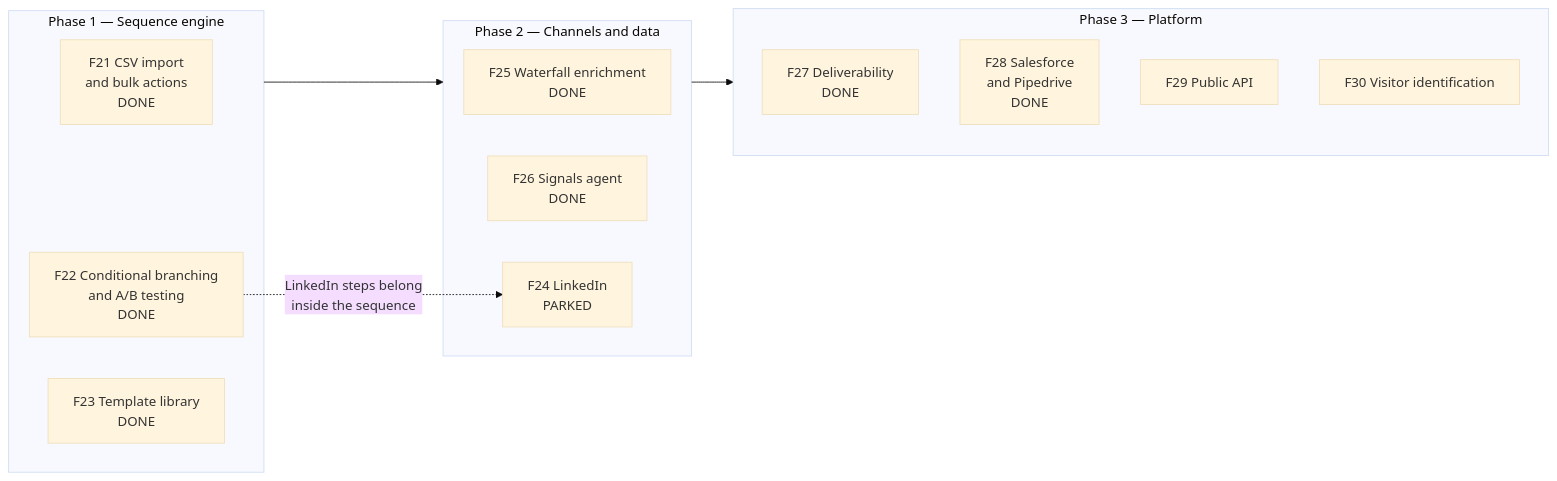
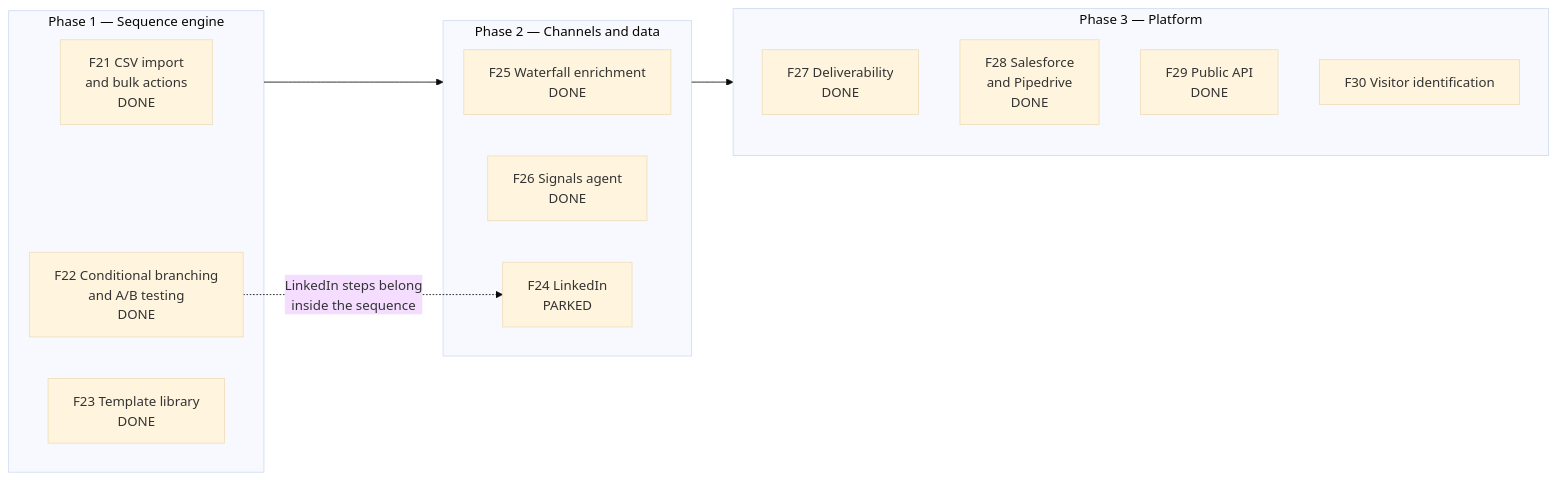
One commit to MHassan-AiExpert/AI-SDR-Autonomous-Sales-Platform changed the diagram in docs/ROADMAP.md. Above: the diagram before and after it, drawn with Mermaid (base theme). The commit also changed other lines of this file and 20 other files, not shown here.

Commit message:
F29: public API and outbound webhooks - scoped API keys, signed event deliveries with retries

````diff
--- a/docs/ROADMAP.md
+++ b/docs/ROADMAP.md
@@ -13,21 +13,21 @@
 ```mermaid
 flowchart LR
   subgraph P1[Phase 1 — Sequence engine]
     F21[F21 CSV import<br/>and bulk actions<br/>DONE]
     F22[F22 Conditional branching<br/>and A/B testing<br/>DONE]
     F23[F23 Template library<br/>DONE]
   end
   subgraph P2[Phase 2 — Channels and data]
     F25[F25 Waterfall enrichment<br/>DONE]
     F26[F26 Signals agent<br/>DONE]
     F24[F24 LinkedIn<br/>PARKED]
   end
   subgraph P3[Phase 3 — Platform]
     F27[F27 Deliverability<br/>DONE]
     F28[F28 Salesforce<br/>and Pipedrive<br/>DONE]
-    F29[F29 Public API]
+    F29[F29 Public API<br/>DONE]
     F30[F30 Visitor identification]
   end
   P1 --> P2 --> P3
   F22 -.->|LinkedIn steps belong<br/>inside the sequence| F24
 ```
````
